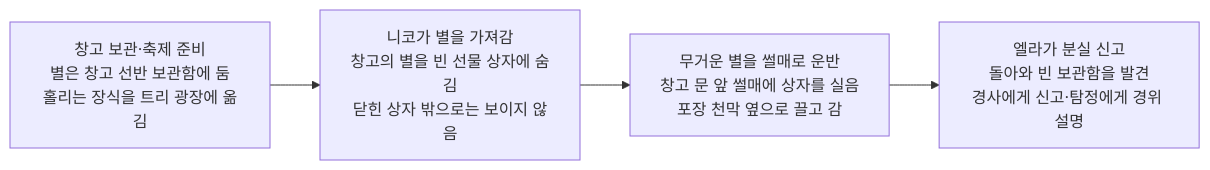
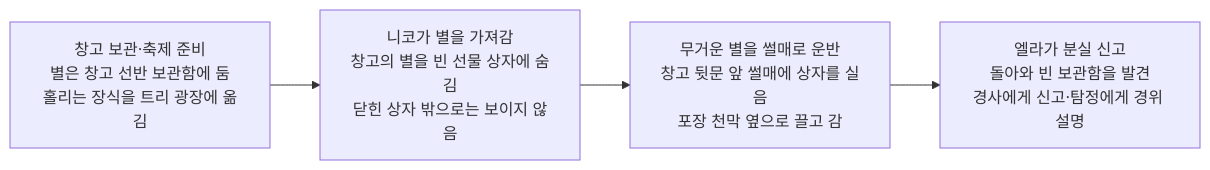
The first of 2 diagrams in design/case-10-christmas-star.md (wonny95/detective-v2), drawn with Mermaid before and after one commit. The commit also changed other lines of this file and 5 other files, not shown here.

````diff
--- a/design/case-10-christmas-star.md
+++ b/design/case-10-christmas-star.md
@@ -34,10 +34,10 @@
 ```mermaid
 flowchart LR
     t1["창고 보관·축제 준비<br/>별은 창고 선반 보관함에 둠<br/>홀리는 장식을 트리 광장에 옮김"]
     t2["니코가 별을 가져감<br/>창고의 별을 빈 선물 상자에 숨김<br/>닫힌 상자 밖으로는 보이지 않음"]
-    t3["무거운 별을 썰매로 운반<br/>창고 문 앞 썰매에 상자를 실음<br/>포장 천막 옆으로 끌고 감"]
+    t3["무거운 별을 썰매로 운반<br/>창고 뒷문 앞 썰매에 상자를 실음<br/>포장 천막 옆으로 끌고 감"]
     t4["엘라가 분실 신고<br/>돌아와 빈 보관함을 발견<br/>경사에게 신고·탐정에게 경위 설명"]
     t1 --> t2
     t2 --> t3
     t3 --> t4
 ```
````
